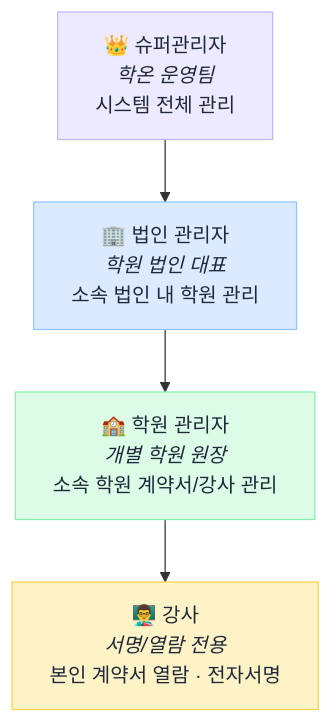
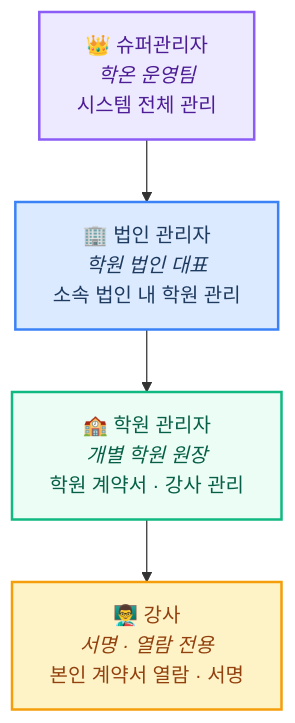
The sixth of 7 diagrams in docs/06_플로우차트.md (jadegirl/hagon26), drawn with Mermaid before and after one commit. The commit also changed other lines of this file and 1 other file, not shown here.

First line of the commit message:
docs: 플로우차트 TeamPro 스타일로 전면 재작성

````diff
--- a/docs/06_플로우차트.md
+++ b/docs/06_플로우차트.md
@@ -177,12 +285,12 @@
 ```mermaid
 flowchart TD
     SUPER[👑 슈퍼관리자<br/><i>학온 운영팀</i><br/>시스템 전체 관리]
     SUPER --> CORP[🏢 법인 관리자<br/><i>학원 법인 대표</i><br/>소속 법인 내 학원 관리]
-    CORP --> ACADEMY[🏫 학원 관리자<br/><i>개별 학원 원장</i><br/>소속 학원 계약서/강사 관리]
-    ACADEMY --> TEACHER[👨‍🏫 강사<br/><i>서명/열람 전용</i><br/>본인 계약서 열람 · 전자서명]
+    CORP --> ACAD[🏫 학원 관리자<br/><i>개별 학원 원장</i><br/>학원 계약서 · 강사 관리]
+    ACAD --> TCHR[👨‍🏫 강사<br/><i>서명 · 열람 전용</i><br/>본인 계약서 열람 · 서명]
 
-    style SUPER fill:#ede9fe,stroke:#c4b5fd,color:#1e293b
-    style CORP fill:#dbeafe,stroke:#93c5fd,color:#1e293b
-    style ACADEMY fill:#dcfce7,stroke:#86efac,color:#1e293b
-    style TEACHER fill:#fef3c7,stroke:#fcd34d,color:#1e293b
+    style SUPER fill:#ede9fe,stroke:#8b5cf6,stroke-width:2px,color:#4c1d95
+    style CORP fill:#dbeafe,stroke:#3b82f6,stroke-width:2px,color:#1e3a5f
+    style ACAD fill:#ecfdf5,stroke:#10b981,stroke-width:2px,color:#065f46
+    style TCHR fill:#fef3c7,stroke:#f59e0b,stroke-width:2px,color:#92400e
 ```
````
